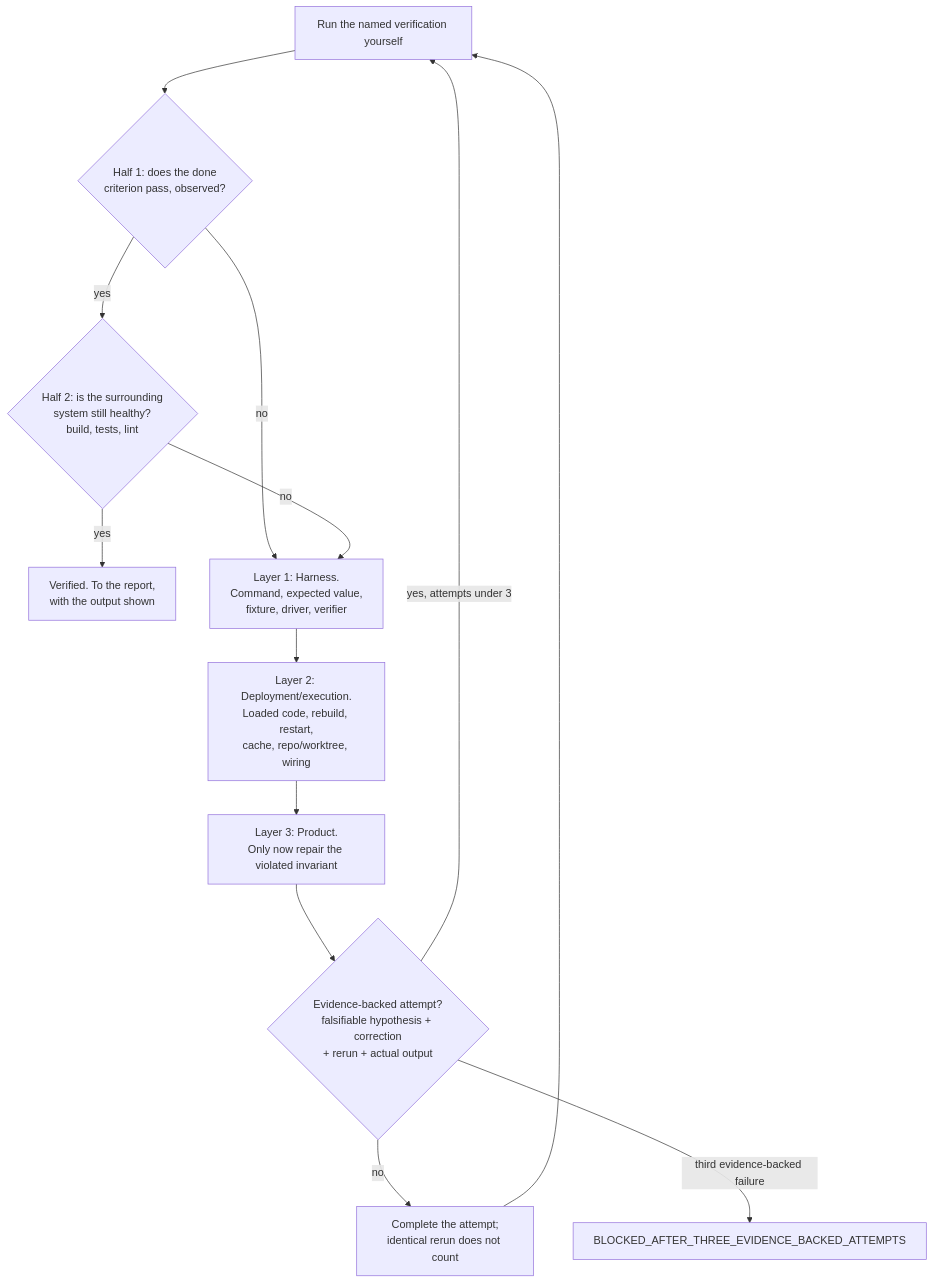
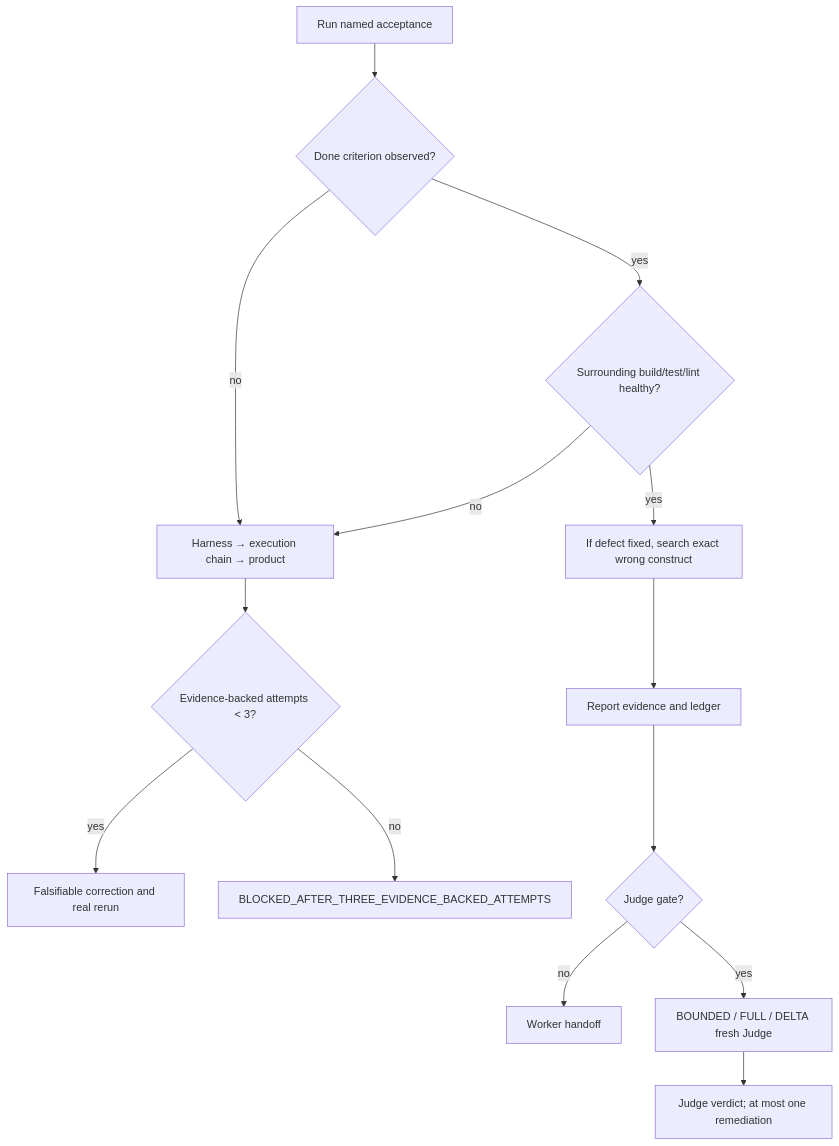
One commit to kelvinhuang0327/skill changed the fourth of 5 diagrams in fable-method/platforms/codex/fable-method/references/flowcharts.md. Above: the diagram before and after it, drawn with Mermaid. The commit also changed other lines of this file and 63 other files, not shown here.

````diff
--- a/fable-method/platforms/codex/fable-method/references/flowcharts.md
+++ b/fable-method/platforms/codex/fable-method/references/flowcharts.md
@@ -153,15 +83,16 @@
 ```mermaid
 flowchart TD
-    V["Run the named verification yourself"] --> H1{"Half 1: does the done<br/>criterion pass, observed?"}
-    H1 -->|yes| H2{"Half 2: is the surrounding<br/>system still healthy?<br/>build, tests, lint"}
-    H2 -->|yes| OK["Verified. To the report,<br/>with the output shown"]
-    H1 -->|no| HARNESS["Layer 1: Harness.<br/>Command, expected value,<br/>fixture, driver, verifier"]
-    H2 -->|no| HARNESS
-    HARNESS --> EXEC["Layer 2: Deployment/execution.<br/>Loaded code, rebuild, restart,<br/>cache, repo/worktree, wiring"]
-    EXEC --> PRODUCT["Layer 3: Product.<br/>Only now repair the violated invariant"]
-    PRODUCT --> ATT{"Evidence-backed attempt?<br/>falsifiable hypothesis + correction<br/>+ rerun + actual output"}
-    ATT -->|no| FIX["Complete the attempt;<br/>identical rerun does not count"]
-    FIX --> V
-    ATT -->|yes, attempts under 3| V
-    ATT -->|"third evidence-backed failure"| HAND["BLOCKED_AFTER_THREE_EVIDENCE_BACKED_ATTEMPTS"]
+    RUN["Run named acceptance"] --> A{"Done criterion observed?"}
+    A -->|no| LADDER["Harness → execution chain → product"]
+    A -->|yes| B{"Surrounding build/test/lint healthy?"}
+    B -->|no| LADDER
+    B -->|yes| TWIN["If defect fixed, search exact wrong construct"]
+    TWIN --> REPORT["Report evidence and ledger"]
+    LADDER --> RETRY{"Evidence-backed attempts < 3?"}
+    RETRY -->|yes| FIX["Falsifiable correction and real rerun"]
+    RETRY -->|no| STOP["BLOCKED_AFTER_THREE_EVIDENCE_BACKED_ATTEMPTS"]
+    REPORT --> GATE{"Judge gate?"}
+    GATE -->|no| HANDOFF["Worker handoff"]
+    GATE -->|yes| DEPTH["BOUNDED / FULL / DELTA fresh Judge"]
+    DEPTH --> VERDICT["Judge verdict; at most one remediation"]
 ```
````
